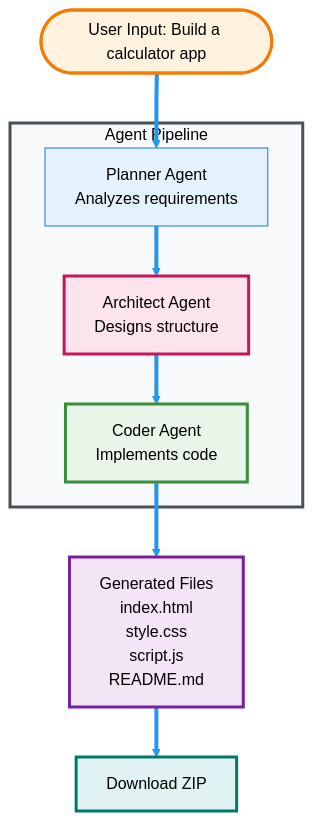
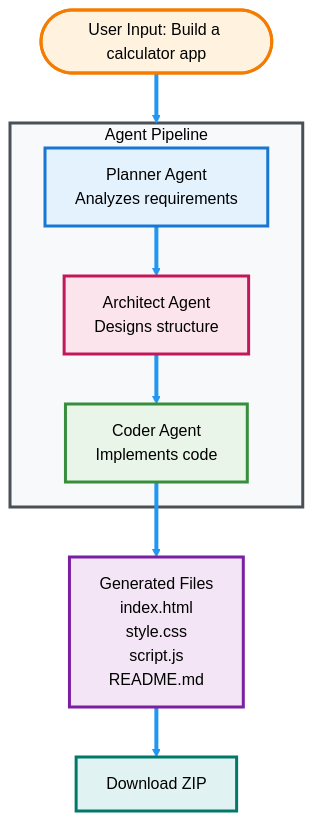
The diagram in README.md (KshitizCodeHub/Architect_AI), drawn with Mermaid before and after one commit.

````diff
--- a/README.md
+++ b/README.md
@@ -16,27 +16,28 @@
 ```mermaid
 flowchart TD
-    Start([User Input: Build a calculator app]) --> Planner
+    Start([User Input: Build a calculator app])
     
-    subgraph Pipeline [Agent Pipeline]
+    subgraph Pipeline [" Agent Pipeline "]
         Planner[Planner Agent<br/>Analyzes requirements] --> Architect
         Architect[Architect Agent<br/>Designs structure] --> Coder
         Coder[Coder Agent<br/>Implements code]
     end
     
+    Start --> Pipeline
     Coder --> Files[Generated Files<br/>index.html<br/>style.css<br/>script.js<br/>README.md]
     Files --> Download[Download ZIP]
     
-    style Planner fill:#e3f2fd,stroke:#1976d2,stroke-width:1px,color:#000
+    style Planner fill:#e3f2fd,stroke:#1976d2,stroke-width:3px,color:#000
     style Architect fill:#fce4ec,stroke:#c2185b,stroke-width:3px,color:#000
     style Coder fill:#e8f5e8,stroke:#388e3c,stroke-width:3px,color:#000
     style Pipeline fill:#f8f9fa,stroke:#495057,stroke-width:3px,color:#000
     style Start fill:#fff3e0,stroke:#f57c00,stroke-width:3px,color:#000
     style Files fill:#f3e5f5,stroke:#7b1fa2,stroke-width:3px,color:#000
     style Download fill:#e0f2f1,stroke:#00796b,stroke-width:3px,color:#000
     
     linkStyle 0 stroke:#2196f3,stroke-width:4px
     linkStyle 1 stroke:#2196f3,stroke-width:4px
     linkStyle 2 stroke:#2196f3,stroke-width:4px
     linkStyle 3 stroke:#2196f3,stroke-width:4px
     linkStyle 4 stroke:#2196f3,stroke-width:4px
 ```
````
